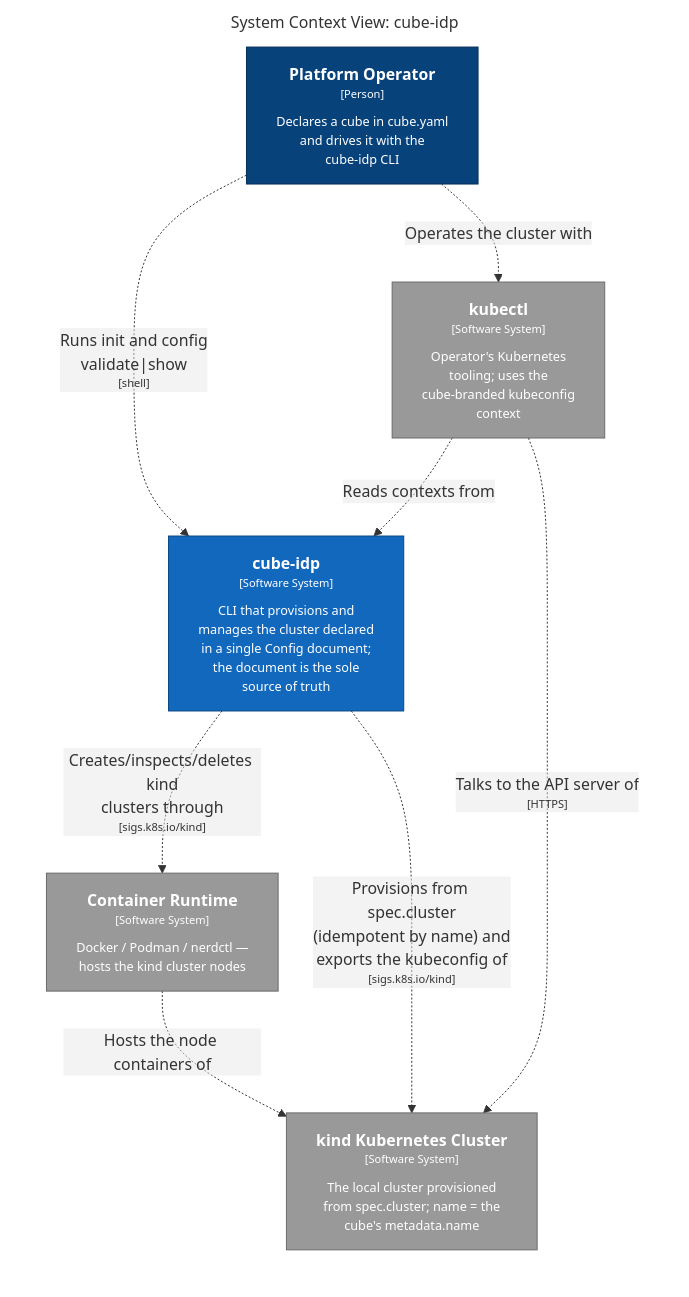
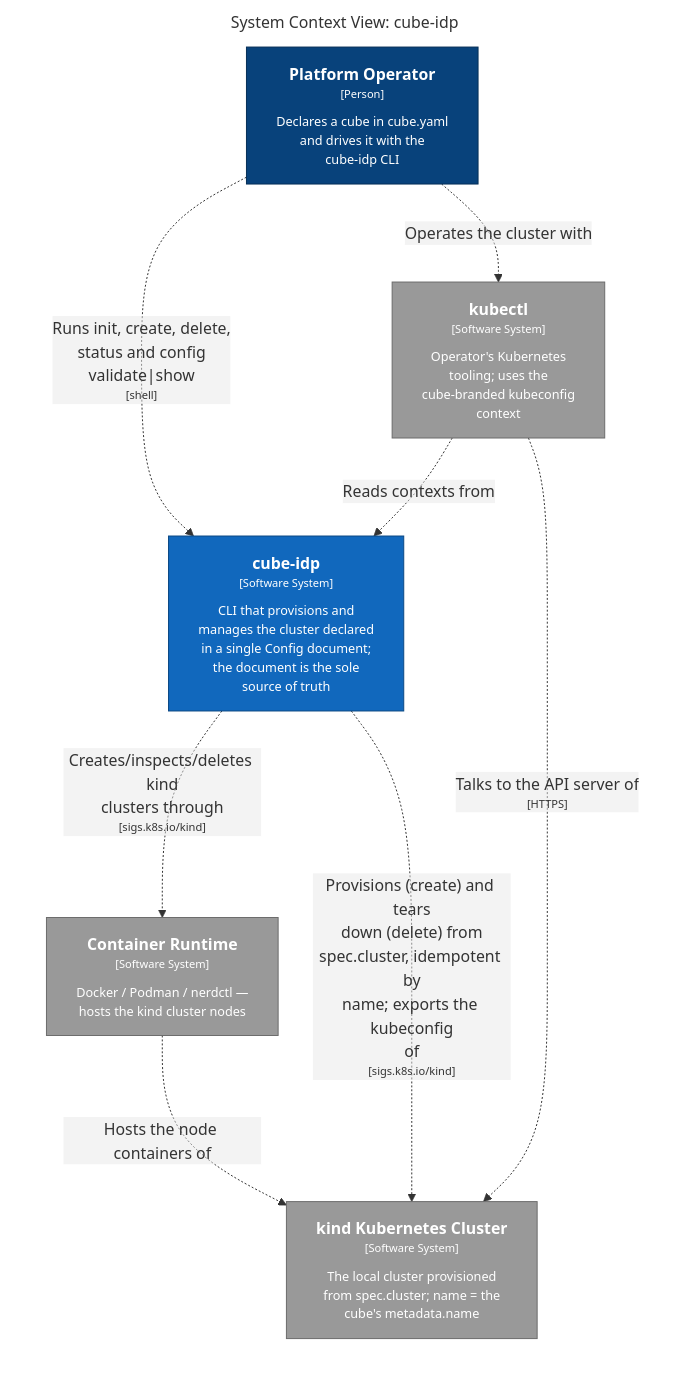
Before and after one commit to cube-idp/cube-idp: the first of 3 diagrams in docs/ARCHITECTURE.md, drawn with Mermaid. The commit also changed other lines of this file and 8 other files, not shown here.

````diff
--- a/docs/ARCHITECTURE.md
+++ b/docs/ARCHITECTURE.md
@@ -154,28 +154,28 @@
 ```mermaid
 graph LR
   linkStyle default fill:#ffffff
 
   subgraph diagram ["System Context View: cube-idp"]
     style diagram fill:#ffffff,stroke:#ffffff
 
     1["<div style='font-weight: bold'>Platform Operator</div><div style='font-size: 70%; margin-top: 0px'>[Person]</div><div style='font-size: 80%; margin-top:10px'>Declares a cube in cube.yaml<br />and drives it with the<br />cube-idp CLI</div>"]
     style 1 fill:#08427b,stroke:#052e56,color:#ffffff
     13["<div style='font-weight: bold'>Container Runtime</div><div style='font-size: 70%; margin-top: 0px'>[Software System]</div><div style='font-size: 80%; margin-top:10px'>Docker / Podman / nerdctl —<br />hosts the kind cluster nodes</div>"]
     style 13 fill:#999999,stroke:#6b6b6b,color:#ffffff
     14["<div style='font-weight: bold'>kind Kubernetes Cluster</div><div style='font-size: 70%; margin-top: 0px'>[Software System]</div><div style='font-size: 80%; margin-top:10px'>The local cluster provisioned<br />from spec.cluster; name = the<br />cube's metadata.name</div>"]
     style 14 fill:#999999,stroke:#6b6b6b,color:#ffffff
     15["<div style='font-weight: bold'>kubectl</div><div style='font-size: 70%; margin-top: 0px'>[Software System]</div><div style='font-size: 80%; margin-top:10px'>Operator's Kubernetes<br />tooling; uses the<br />cube-branded kubeconfig<br />context</div>"]
     style 15 fill:#999999,stroke:#6b6b6b,color:#ffffff
     2["<div style='font-weight: bold'>cube-idp</div><div style='font-size: 70%; margin-top: 0px'>[Software System]</div><div style='font-size: 80%; margin-top:10px'>CLI that provisions and<br />manages the cluster declared<br />in a single Config document;<br />the document is the sole<br />source of truth</div>"]
     style 2 fill:#1168bd,stroke:#0b4884,color:#ffffff
 
-    1-. "<div>Runs init and config<br />validate|show</div><div style='font-size: 70%'>[shell]</div>" .->2
+    1-. "<div>Runs init, create, delete,<br />status and config<br />validate|show</div><div style='font-size: 70%'>[shell]</div>" .->2
     1-. "<div>Operates the cluster with</div><div style='font-size: 70%'></div>" .->15
     15-. "<div>Reads contexts from</div><div style='font-size: 70%'></div>" .->2
     15-. "<div>Talks to the API server of</div><div style='font-size: 70%'>[HTTPS]</div>" .->14
     13-. "<div>Hosts the node containers of</div><div style='font-size: 70%'></div>" .->14
     2-. "<div>Creates/inspects/deletes kind<br />clusters through</div><div style='font-size: 70%'>[sigs.k8s.io/kind]</div>" .->13
-    2-. "<div>Provisions from spec.cluster<br />(idempotent by name) and<br />exports the kubeconfig of</div><div style='font-size: 70%'>[sigs.k8s.io/kind]</div>" .->14
+    2-. "<div>Provisions (create) and tears<br />down (delete) from<br />spec.cluster, idempotent by<br />name; exports the kubeconfig<br />of</div><div style='font-size: 70%'>[sigs.k8s.io/kind]</div>" .->14
 
   end
 ```
````
